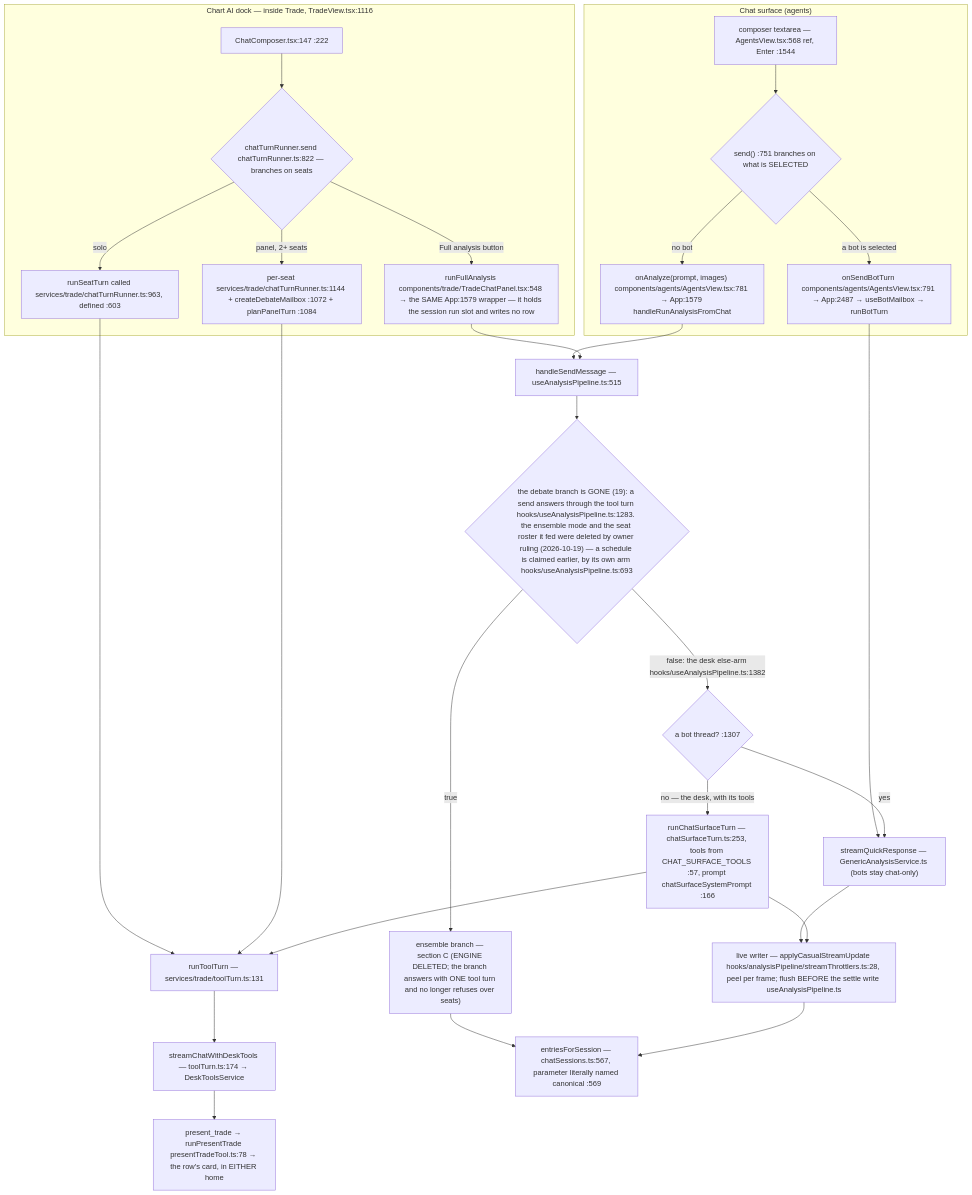
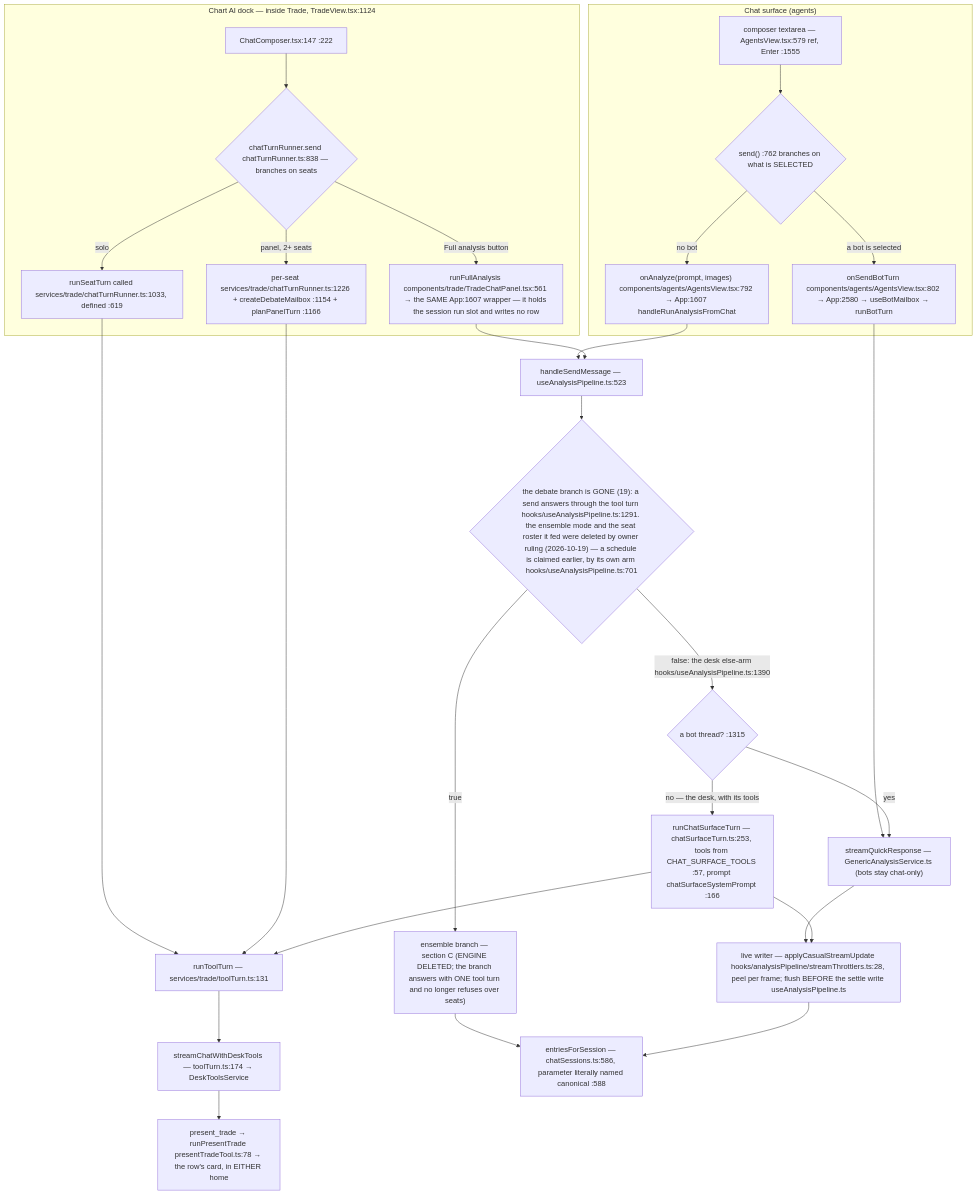
One commit to Acepay25/august-3.5 changed the second of 8 diagrams in docs/app-flow.md. Above: the diagram before and after it, drawn with Mermaid. The commit also changed other lines of this file and 16 other files, not shown here.

````diff
--- a/docs/app-flow.md
+++ b/docs/app-flow.md
@@ -72,31 +72,31 @@
 ```mermaid
 flowchart TD
     subgraph CHAT["Chat surface (agents)"]
-        CB["composer textarea — AgentsView.tsx:568 ref, Enter :1544"] --> D1{"send() :751 branches on what is SELECTED"}
-        D1 -->|a bot is selected| BOT["onSendBotTurn components/agents/AgentsView.tsx:791 → App:2487 → useBotMailbox → runBotTurn"]
-        D1 -->|no bot| AN["onAnalyze(prompt, images) components/agents/AgentsView.tsx:781 → App:1579 handleRunAnalysisFromChat"]
+        CB["composer textarea — AgentsView.tsx:579 ref, Enter :1555"] --> D1{"send() :762 branches on what is SELECTED"}
+        D1 -->|a bot is selected| BOT["onSendBotTurn components/agents/AgentsView.tsx:802 → App:2580 → useBotMailbox → runBotTurn"]
+        D1 -->|no bot| AN["onAnalyze(prompt, images) components/agents/AgentsView.tsx:792 → App:1607 handleRunAnalysisFromChat"]
     end
-    subgraph DOCK["Chart AI dock — inside Trade, TradeView.tsx:1116"]
-        DC["ChatComposer.tsx:147 :222"] --> D2{"chatTurnRunner.send chatTurnRunner.ts:822 — branches on seats"}
-        D2 -->|solo| SO["runSeatTurn called services/trade/chatTurnRunner.ts:963, defined :603"]
-        D2 -->|panel, 2+ seats| PN["per-seat services/trade/chatTurnRunner.ts:1144 + createDebateMailbox :1072 + planPanelTurn :1084"]
-        D2 -->|Full analysis button| FA["runFullAnalysis components/trade/TradeChatPanel.tsx:548 → the SAME App:1579 wrapper — it holds the session run slot and writes no row"]
+    subgraph DOCK["Chart AI dock — inside Trade, TradeView.tsx:1124"]
+        DC["ChatComposer.tsx:147 :222"] --> D2{"chatTurnRunner.send chatTurnRunner.ts:838 — branches on seats"}
+        D2 -->|solo| SO["runSeatTurn called services/trade/chatTurnRunner.ts:1033, defined :619"]
+        D2 -->|panel, 2+ seats| PN["per-seat services/trade/chatTurnRunner.ts:1226 + createDebateMailbox :1154 + planPanelTurn :1166"]
+        D2 -->|Full analysis button| FA["runFullAnalysis components/trade/TradeChatPanel.tsx:561 → the SAME App:1607 wrapper — it holds the session run slot and writes no row"]
     end
     SO --> TT["runToolTurn — services/trade/toolTurn.ts:131"]
     PN --> TT
     TT --> SCDT["streamChatWithDeskTools — toolTurn.ts:174 → DeskToolsService"]
     BOT --> TR["streamQuickResponse — GenericAnalysisService.ts (bots stay chat-only)"]
-    AN --> HSM["handleSendMessage — useAnalysisPipeline.ts:515"]
+    AN --> HSM["handleSendMessage — useAnalysisPipeline.ts:523"]
     FA --> HSM
-    HSM --> D3{"the debate branch is GONE (19): a send answers through the tool turn hooks/useAnalysisPipeline.ts:1283. the ensemble mode and the seat roster it fed were deleted by owner ruling (2026-10-19) — a schedule is claimed earlier, by its own arm hooks/useAnalysisPipeline.ts:693"}
+    HSM --> D3{"the debate branch is GONE (19): a send answers through the tool turn hooks/useAnalysisPipeline.ts:1291. the ensemble mode and the seat roster it fed were deleted by owner ruling (2026-10-19) — a schedule is claimed earlier, by its own arm hooks/useAnalysisPipeline.ts:701"}
     D3 -->|true| ENS["ensemble branch — section C (ENGINE DELETED; the branch answers with ONE tool turn and no longer refuses over seats)"]
-    D3 -->|false: the desk else-arm hooks/useAnalysisPipeline.ts:1382| SPLIT{"a bot thread? :1307"}
+    D3 -->|false: the desk else-arm hooks/useAnalysisPipeline.ts:1390| SPLIT{"a bot thread? :1315"}
     SPLIT -->|yes| TR
     SPLIT -->|no — the desk, with its tools| CST["runChatSurfaceTurn — chatSurfaceTurn.ts:253, tools from CHAT_SURFACE_TOOLS :57, prompt chatSurfaceSystemPrompt :166"]
     CST --> TT
     TR --> LW["live writer — applyCasualStreamUpdate hooks/analysisPipeline/streamThrottlers.ts:28, peel per frame; flush BEFORE the settle write useAnalysisPipeline.ts"]
     CST --> LW
     ENS --> MERGE
-    LW --> MERGE["entriesForSession — chatSessions.ts:567, parameter literally named canonical :569"]
+    LW --> MERGE["entriesForSession — chatSessions.ts:586, parameter literally named canonical :588"]
     SCDT --> PT["present_trade → runPresentTrade presentTradeTool.ts:78 → the row's card, in EITHER home"]
 ```
````
